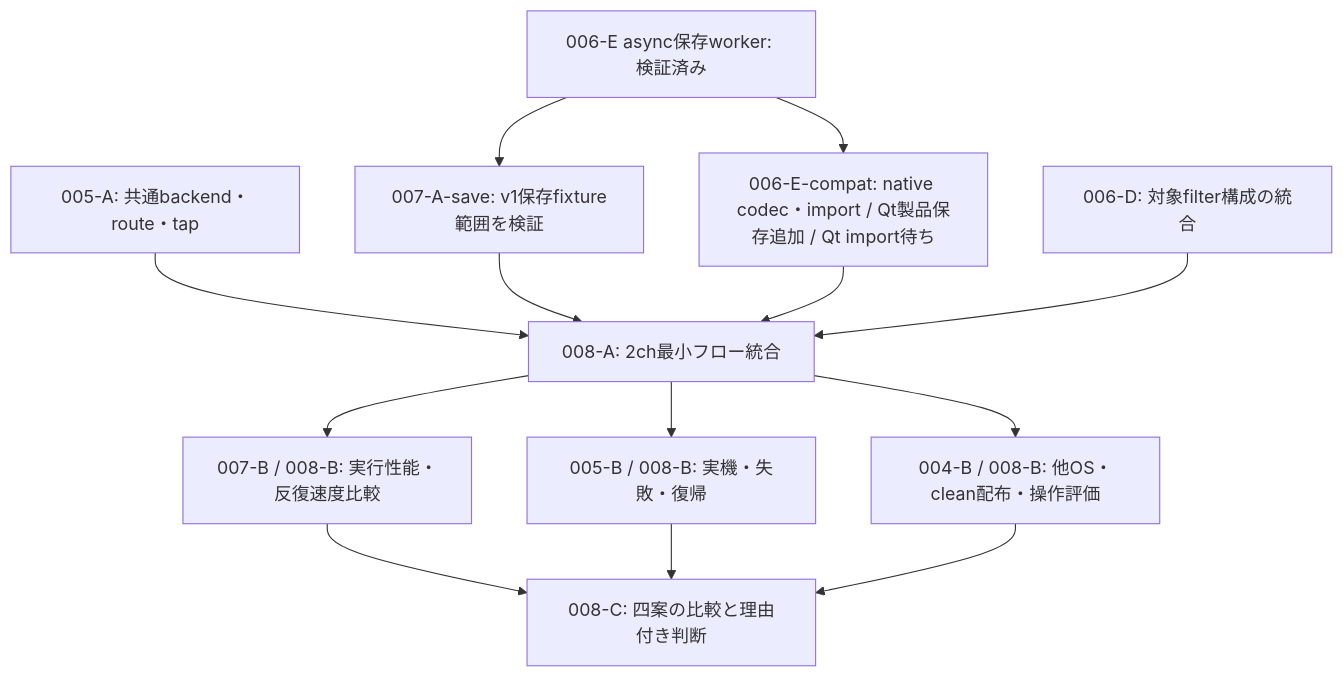
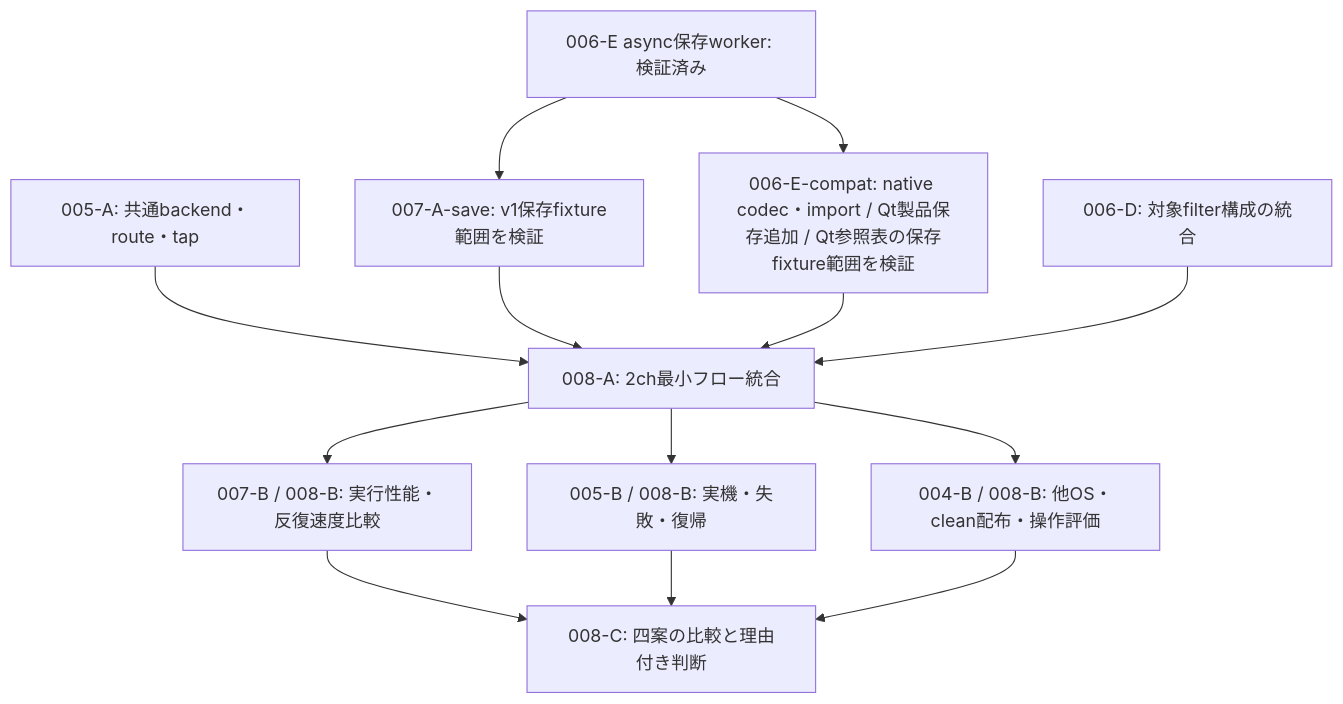
The diagram in migration/remaining-to-mig008.md (youtube-at-vach/MeasureLab), drawn with Mermaid before and after one commit. The commit also changed other lines of this file and 29 other files, not shown here.

````diff
--- a/migration/remaining-to-mig008.md
+++ b/migration/remaining-to-mig008.md
@@ -19,15 +19,15 @@
 ```mermaid
 flowchart TD
     S[006-E async保存worker: 検証済み] --> U[007-A-save: v1保存fixture範囲を検証]
-    S --> C[006-E-compat: native codec・import / Qt製品保存追加 / Qt import待ち]
+    S --> C[006-E-compat: native codec・import / Qt製品保存追加 / Qt参照表の保存fixture範囲を検証]
     A[005-A: 共通backend・route・tap] --> I[008-A: 2ch最小フロー統合]
     U --> I
     C --> I
     F[006-D: 対象filter構成の統合] --> I
     I --> B[007-B / 008-B: 実行性能・反復速度比較]
     I --> H[005-B / 008-B: 実機・失敗・復帰]
     I --> P[004-B / 008-B: 他OS・clean配布・操作評価]
     B --> D[008-C: 四案の比較と理由付き判断]
     H --> D
     P --> D
 ```
````
